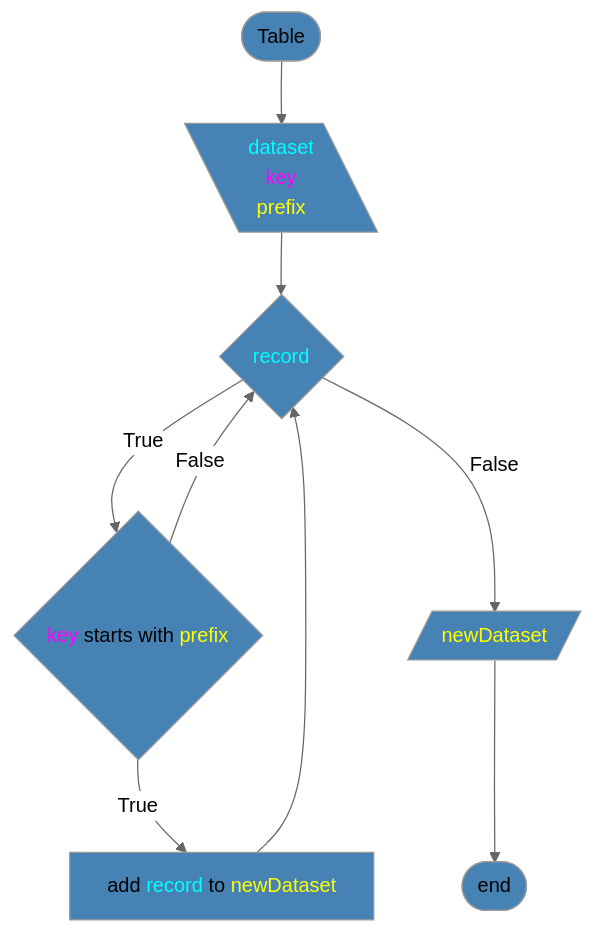
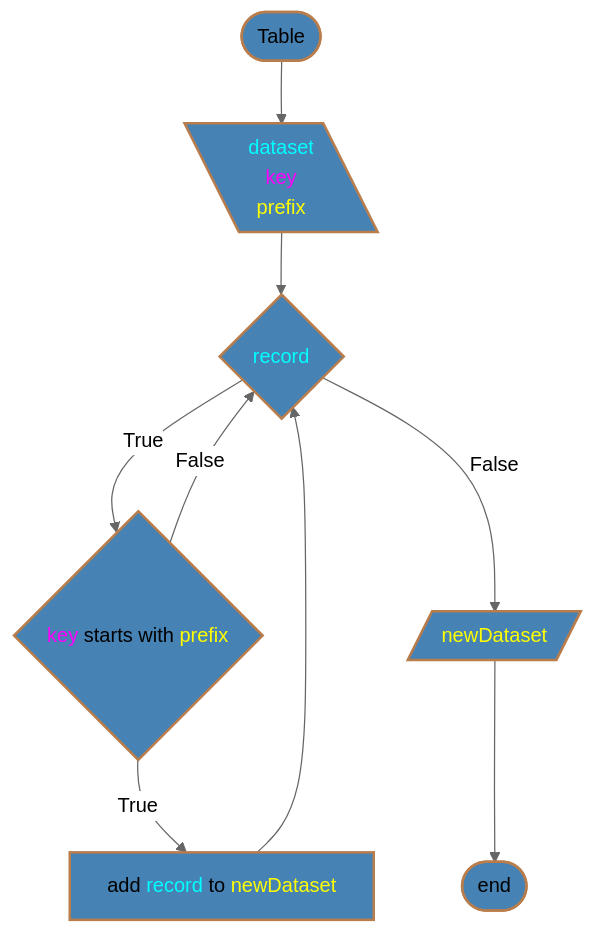
Before and after one commit to 7s4e/p3: diagram 14 of 20 in scripts/table/design.md, drawn with Mermaid (neutral theme). The commit also changed other lines of this file, not shown here.

````diff
--- a/scripts/table/design.md
+++ b/scripts/table/design.md
@@ -441,23 +441,23 @@
 ```mermaid
 flowchart
-    classDef fill fill:#4682b4
-    STR([Table]):::fill
+    classDef shape fill:#4682b4,stroke:#b97d4b,stroke-width:2px
+    STR([Table]):::shape
         STR --> INP
     INP[\"<span style='color:cyan;'>dataset</span>
           <span style='color:magenta;'>key</span>
-          <span style='color:yellow;'>prefix</span>"\]:::fill
+          <span style='color:yellow;'>prefix</span>"\]:::shape
         INP --> RCD
-    RCD{"<span style='color:cyan;'>record</span>"}:::fill
+    RCD{"<span style='color:cyan;'>record</span>"}:::shape
         RCD -- True  --> KEY
         KEY -- False --> RCD
         ADD          --> RCD
         RCD -- False --> SET
     KEY{"<span style='color:magenta;'>key</span> starts with <span style=
-             'color:yellow;'>prefix</span>"}:::fill
+             'color:yellow;'>prefix</span>"}:::shape
         KEY -- True --> ADD
     ADD["add <span style='color:cyan;'>record</span> to <span style=
-             'color:yellow;'>newDataset</span>"]:::fill
-    SET[/"<span style='color:yellow;'>newDataset</span>"/]:::fill
+             'color:yellow;'>newDataset</span>"]:::shape
+    SET[/"<span style='color:yellow;'>newDataset</span>"/]:::shape
         SET --> END
-    END([end]):::fill
+    END([end]):::shape
 ```
````
